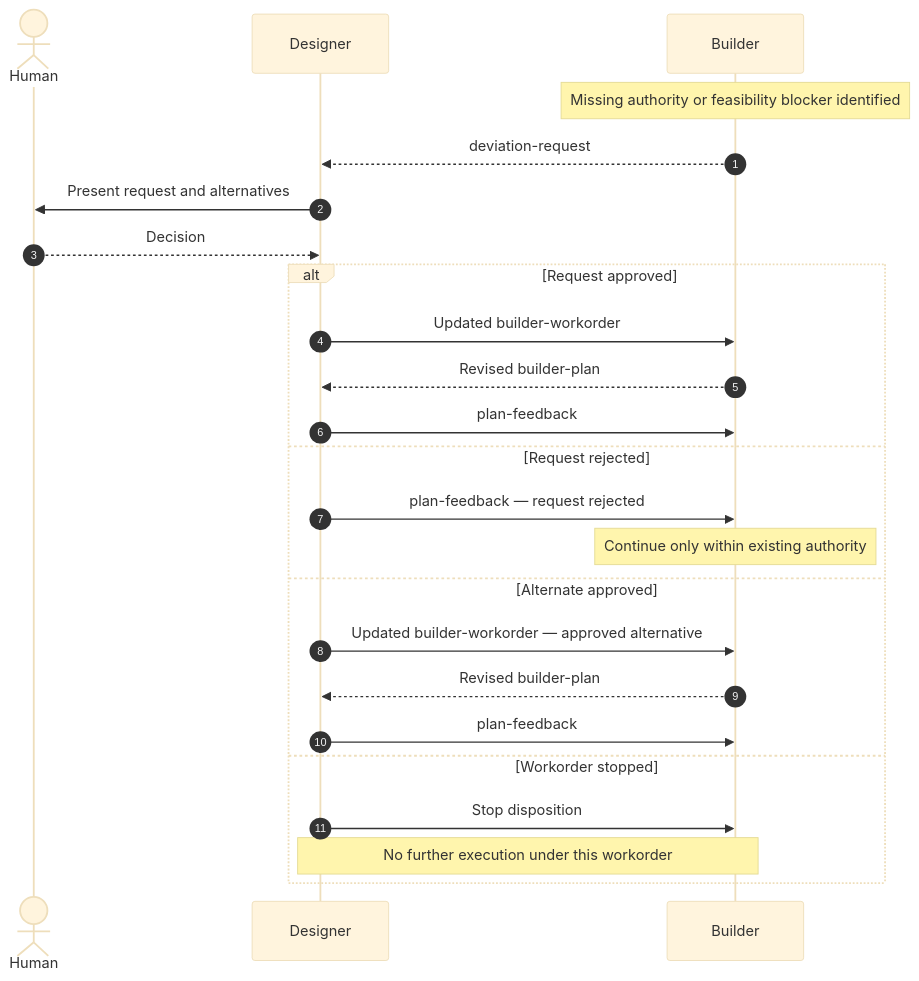
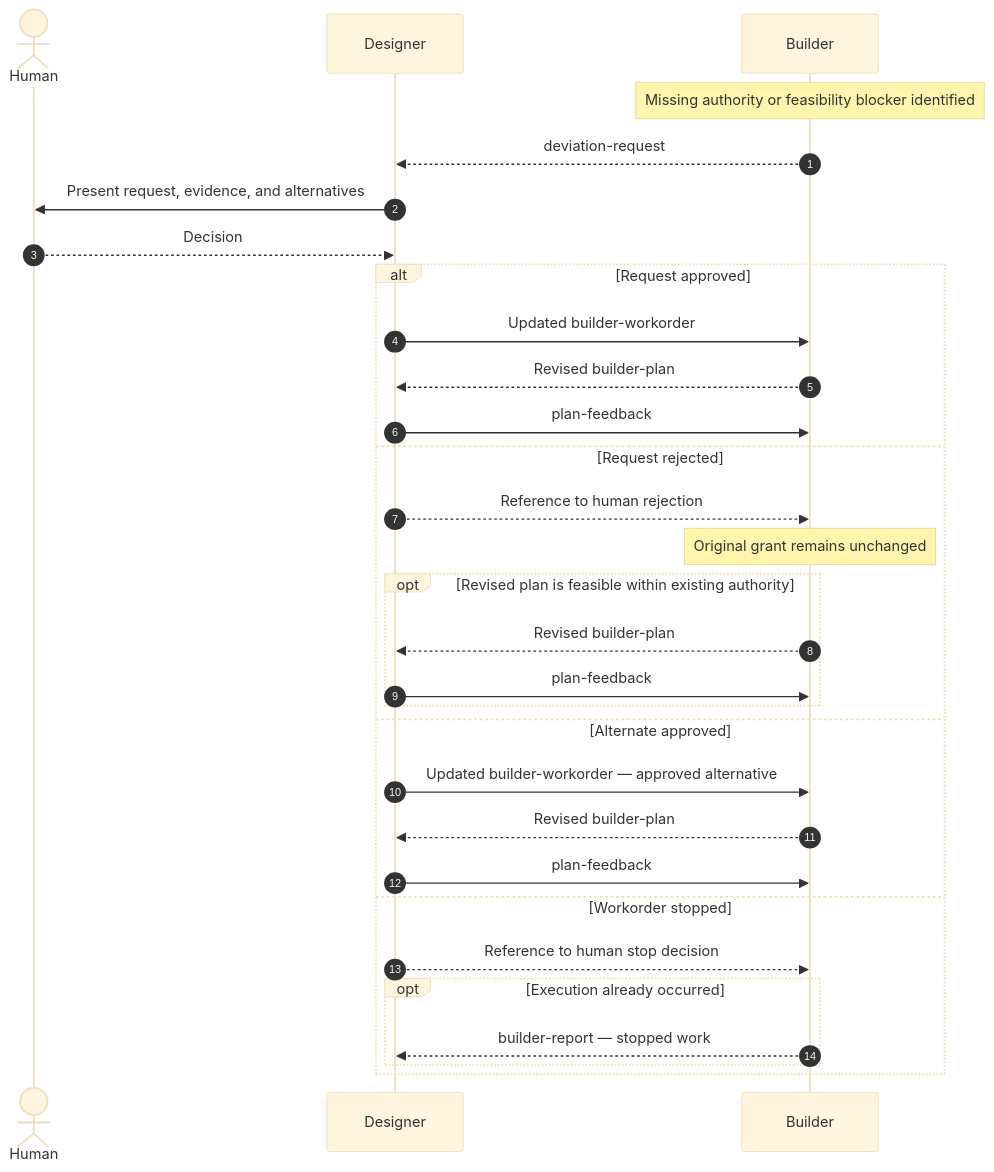
One commit to iamthenop/infurnet-skills changed the third of 6 diagrams in skills/agent-workflow/references/master-workflow.md. Above: the diagram before and after it, drawn with Mermaid (base theme). The commit also changed other lines of this file and 12 other files, not shown here.

````diff
--- a/skills/agent-workflow/references/master-workflow.md
+++ b/skills/agent-workflow/references/master-workflow.md
@@ -102,33 +149,39 @@
 ```mermaid
 sequenceDiagram
     autonumber
 
     actor H as Human
     participant D as Designer
     participant B as Builder
 
     Note over B: Missing authority or feasibility blocker identified
 
     B-->>D: deviation-request
-    D->>H: Present request and alternatives
+    D->>H: Present request, evidence, and alternatives
     H-->>D: Decision
 
     alt Request approved
         D->>B: Updated builder-workorder
         B-->>D: Revised builder-plan
         D->>B: plan-feedback
 
     else Request rejected
-        D->>B: plan-feedback — request rejected
-        Note over B: Continue only within existing authority
+        D-->>B: Reference to human rejection
+        Note over B: Original grant remains unchanged
+        opt Revised plan is feasible within existing authority
+            B-->>D: Revised builder-plan
+            D->>B: plan-feedback
+        end
 
     else Alternate approved
         D->>B: Updated builder-workorder — approved alternative
         B-->>D: Revised builder-plan
         D->>B: plan-feedback
 
     else Workorder stopped
-        D->>B: Stop disposition
-        Note over D,B: No further execution under this workorder
+        D-->>B: Reference to human stop decision
+        opt Execution already occurred
+            B-->>D: builder-report — stopped work
+        end
     end
 ```
````
